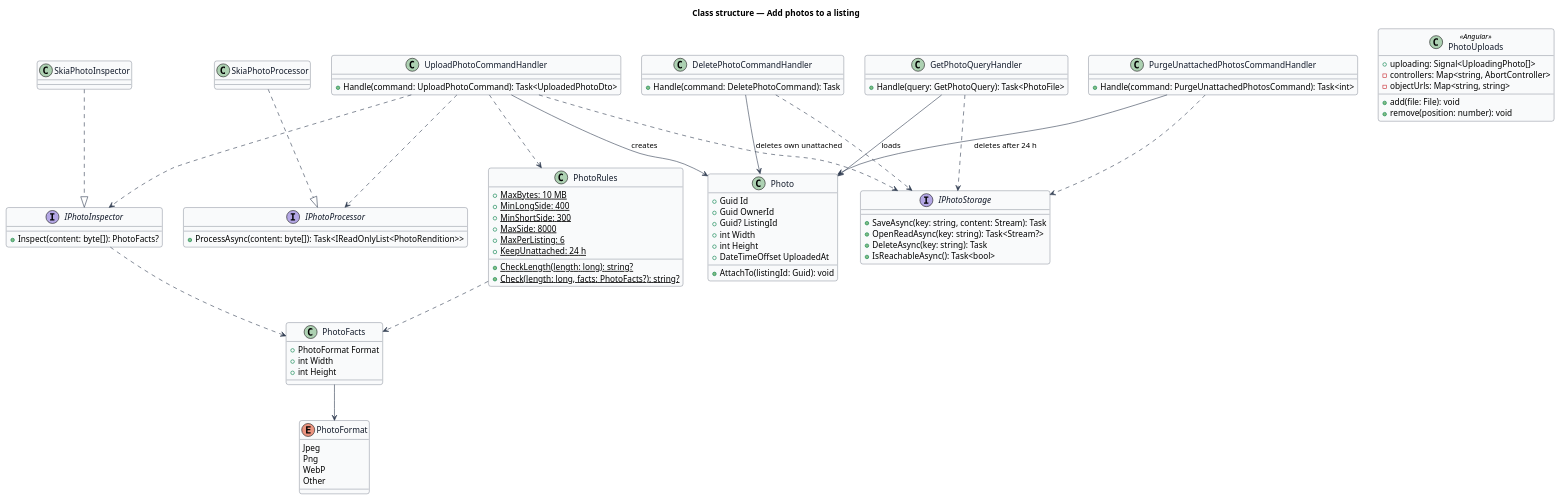
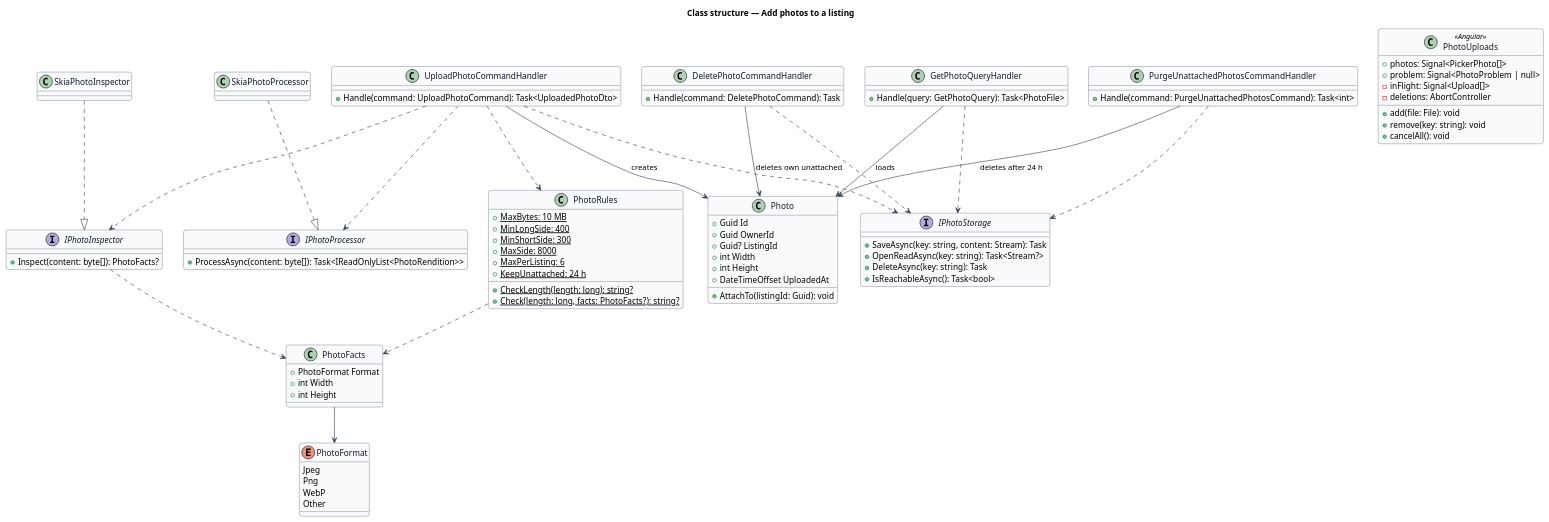
One commit to QuinntyneBrown/christian-rent changed the diagram in docs/detailed-designs/post/add-photos/diagrams/class-structure.puml. Above: the diagram before and after it, drawn with PlantUML. The commit also changed 6 other files, not shown here.

```diff
--- a/docs/detailed-designs/post/add-photos/diagrams/class-structure.puml
+++ b/docs/detailed-designs/post/add-photos/diagrams/class-structure.puml
@@ -1,95 +1,97 @@
 @startuml
 ' --- shared skin header ---
 skinparam backgroundColor #FFFFFF
 skinparam shadowing false
 skinparam roundcorner 8
 skinparam defaultFontName Arial
 skinparam ArrowColor #344054
 skinparam class {
   BorderColor #344054
   FontColor #101828
   BackgroundColor #F9FAFB
 }
 ' --------------------------
 title Class structure — Add photos to a listing
 
 class Photo {
   +Guid Id
   +Guid OwnerId
   +Guid? ListingId
   +int Width
   +int Height
   +DateTimeOffset UploadedAt
   +AttachTo(listingId: Guid): void
 }
 class PhotoFacts {
   +PhotoFormat Format
   +int Width
   +int Height
 }
 enum PhotoFormat {
   Jpeg
   Png
   WebP
   Other
 }
 class PhotoRules {
   +{static} MaxBytes: 10 MB
   +{static} MinLongSide: 400
   +{static} MinShortSide: 300
   +{static} MaxSide: 8000
   +{static} MaxPerListing: 6
   +{static} KeepUnattached: 24 h
   +{static} CheckLength(length: long): string?
   +{static} Check(length: long, facts: PhotoFacts?): string?
 }
 interface IPhotoInspector {
   +Inspect(content: byte[]): PhotoFacts?
 }
 interface IPhotoProcessor {
   +ProcessAsync(content: byte[]): Task<IReadOnlyList<PhotoRendition>>
 }
 interface IPhotoStorage {
   +SaveAsync(key: string, content: Stream): Task
   +OpenReadAsync(key: string): Task<Stream?>
   +DeleteAsync(key: string): Task
   +IsReachableAsync(): Task<bool>
 }
 class SkiaPhotoInspector
 class SkiaPhotoProcessor
 class UploadPhotoCommandHandler {
   +Handle(command: UploadPhotoCommand): Task<UploadedPhotoDto>
 }
 class DeletePhotoCommandHandler {
   +Handle(command: DeletePhotoCommand): Task
 }
 class PurgeUnattachedPhotosCommandHandler {
   +Handle(command: PurgeUnattachedPhotosCommand): Task<int>
 }
 class GetPhotoQueryHandler {
   +Handle(query: GetPhotoQuery): Task<PhotoFile>
 }
 class PhotoUploads <<Angular>> {
-  +uploading: Signal<UploadingPhoto[]>
+  +photos: Signal<PickerPhoto[]>
+  +problem: Signal<PhotoProblem | null>
   +add(file: File): void
-  +remove(position: number): void
-  -controllers: Map<string, AbortController>
-  -objectUrls: Map<string, string>
+  +remove(key: string): void
+  +cancelAll(): void
+  -inFlight: Signal<Upload[]>
+  -deletions: AbortController
 }
 UploadPhotoCommandHandler ..> IPhotoInspector
 UploadPhotoCommandHandler ..> IPhotoProcessor
 UploadPhotoCommandHandler ..> IPhotoStorage
 UploadPhotoCommandHandler ..> PhotoRules
 UploadPhotoCommandHandler --> Photo : creates
 DeletePhotoCommandHandler --> Photo : deletes own unattached
 DeletePhotoCommandHandler ..> IPhotoStorage
 PurgeUnattachedPhotosCommandHandler --> Photo : deletes after 24 h
 PurgeUnattachedPhotosCommandHandler ..> IPhotoStorage
 GetPhotoQueryHandler --> Photo : loads
 GetPhotoQueryHandler ..> IPhotoStorage
 SkiaPhotoInspector ..|> IPhotoInspector
 SkiaPhotoProcessor ..|> IPhotoProcessor
 IPhotoInspector ..> PhotoFacts
 PhotoFacts --> PhotoFormat
 PhotoRules ..> PhotoFacts
 @enduml
```
